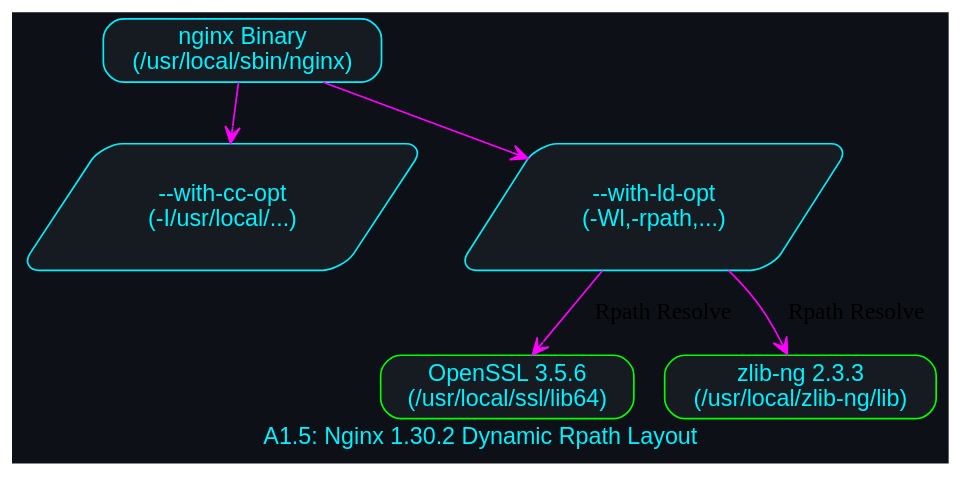
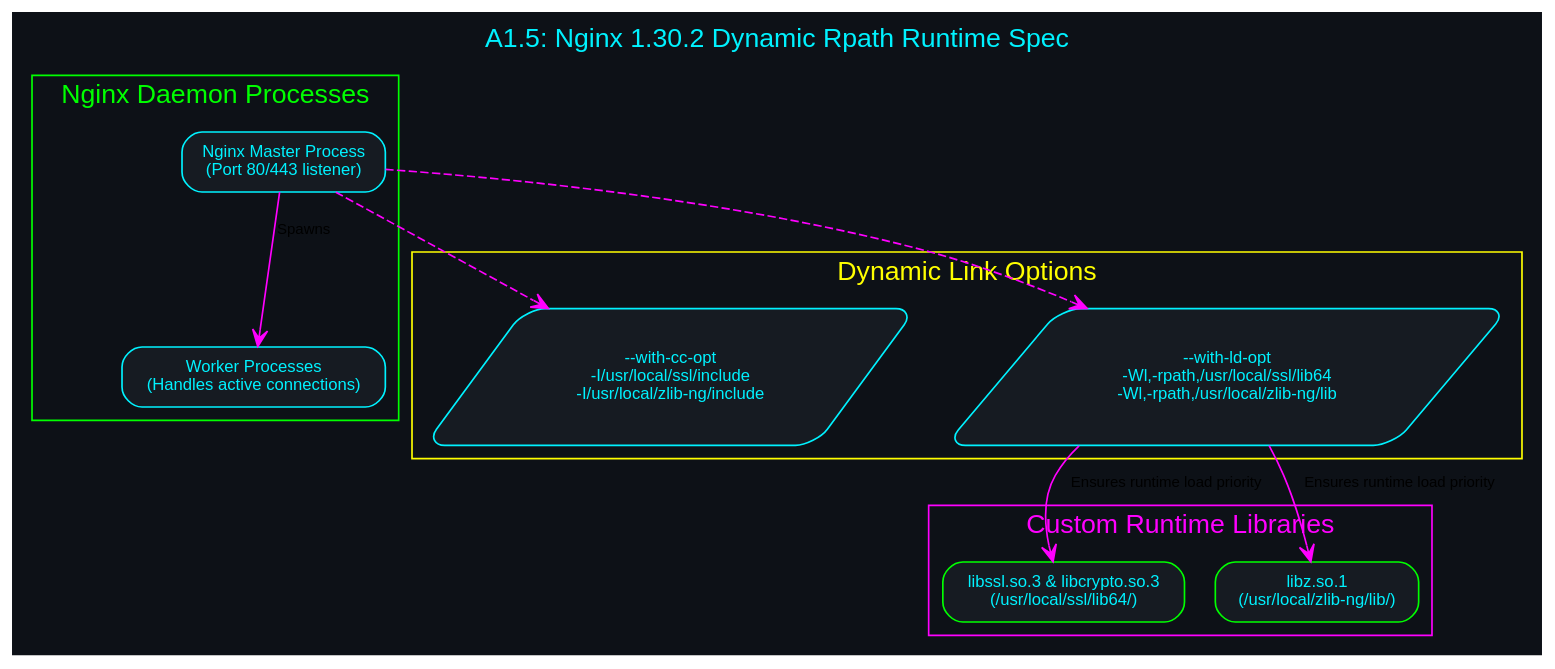
The diagram in diagrams/compilations/arch_nginx_static.dot (danindiana/hybrid-framework), drawn with Graphviz before and after one commit. The commit also changed 74 other files, not shown here.

Commit message:
docs: expand compilation diagrams to include detailed subgraphs and annotations

```diff
--- a/diagrams/compilations/arch_nginx_static.dot
+++ b/diagrams/compilations/arch_nginx_static.dot
@@ -1,16 +1,35 @@
-digraph ArchNginxStatic {
-        graph [bgcolor="#0d1117", fontname="Helvetica", fontcolor="#00f2ff", label="A1.5: Nginx 1.30.2 Dynamic Rpath Layout"];
-        node [shape=box, style="filled,rounded", color="#00f2ff", fontcolor="#00f2ff", fillcolor="#161b22", fontname="Helvetica"];
-        edge [color="#ff00ff", arrowhead=vee];
+digraph ArchNginx {
+        graph [bgcolor="#0d1117", fontname="Helvetica", fontcolor="#00f2ff", label="A1.5: Nginx 1.30.2 Dynamic Rpath Runtime Spec", labelloc="t", fontsize=16];
+        node [shape=box, style="filled,rounded", color="#00f2ff", fontcolor="#00f2ff", fillcolor="#161b22", fontname="Helvetica", fontsize=10];
+        edge [color="#ff00ff", arrowhead=vee, fontname="Helvetica", fontsize=9];
 
-        Nginx [label="nginx Binary\n(/usr/local/sbin/nginx)"];
-        CC_OPT [label="--with-cc-opt\n(-I/usr/local/...)", shape=parallelogram];
-        LD_OPT [label="--with-ld-opt\n(-Wl,-rpath,...)", shape=parallelogram];
-        OpenSSL [label="OpenSSL 3.5.6\n(/usr/local/ssl/lib64)", color="#00ff00"];
-        ZlibNg [label="zlib-ng 2.3.3\n(/usr/local/zlib-ng/lib)", color="#00ff00"];
+        subgraph cluster_nginx_process {
+            label = "Nginx Daemon Processes";
+            color = "#00ff00";
+            fontcolor = "#00ff00";
+            Master_Proc [label="Nginx Master Process\n(Port 80/443 listener)"];
+            Worker_Procs [label="Worker Processes\n(Handles active connections)"];
+            Master_Proc -> Worker_Procs [label="Spawns"];
+        }
 
-        Nginx -> CC_OPT;
-        Nginx -> LD_OPT;
-        LD_OPT -> OpenSSL [label="Rpath Resolve"];
-        LD_OPT -> ZlibNg [label="Rpath Resolve"];
+        subgraph cluster_nginx_opts {
+            label = "Dynamic Link Options";
+            color = "#ffff00";
+            fontcolor = "#ffff00";
+            CC_Opts [label="--with-cc-opt\n-I/usr/local/ssl/include\n-I/usr/local/zlib-ng/include", shape=parallelogram];
+            LD_Opts [label="--with-ld-opt\n-Wl,-rpath,/usr/local/ssl/lib64\n-Wl,-rpath,/usr/local/zlib-ng/lib", shape=parallelogram];
+        }
+
+        subgraph cluster_nginx_libs {
+            label = "Custom Runtime Libraries";
+            color = "#ff00ff";
+            fontcolor = "#ff00ff";
+            OpenSSL_Lib [label="libssl.so.3 & libcrypto.so.3\n(/usr/local/ssl/lib64/)", color="#00ff00"];
+            ZlibNg_Lib [label="libz.so.1\n(/usr/local/zlib-ng/lib/)", color="#00ff00"];
+        }
+
+        Master_Proc -> CC_Opts [style=dashed];
+        Master_Proc -> LD_Opts [style=dashed];
+        LD_Opts -> OpenSSL_Lib [label="Ensures runtime load priority"];
+        LD_Opts -> ZlibNg_Lib [label="Ensures runtime load priority"];
     }
```
